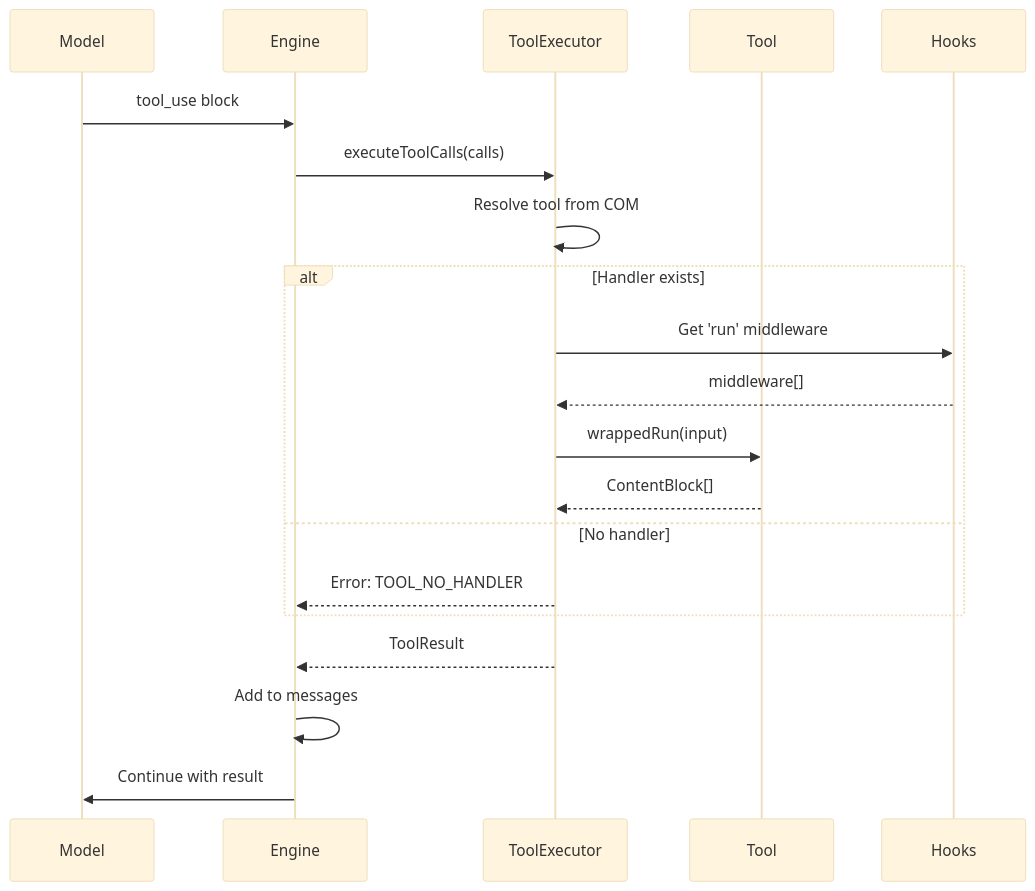
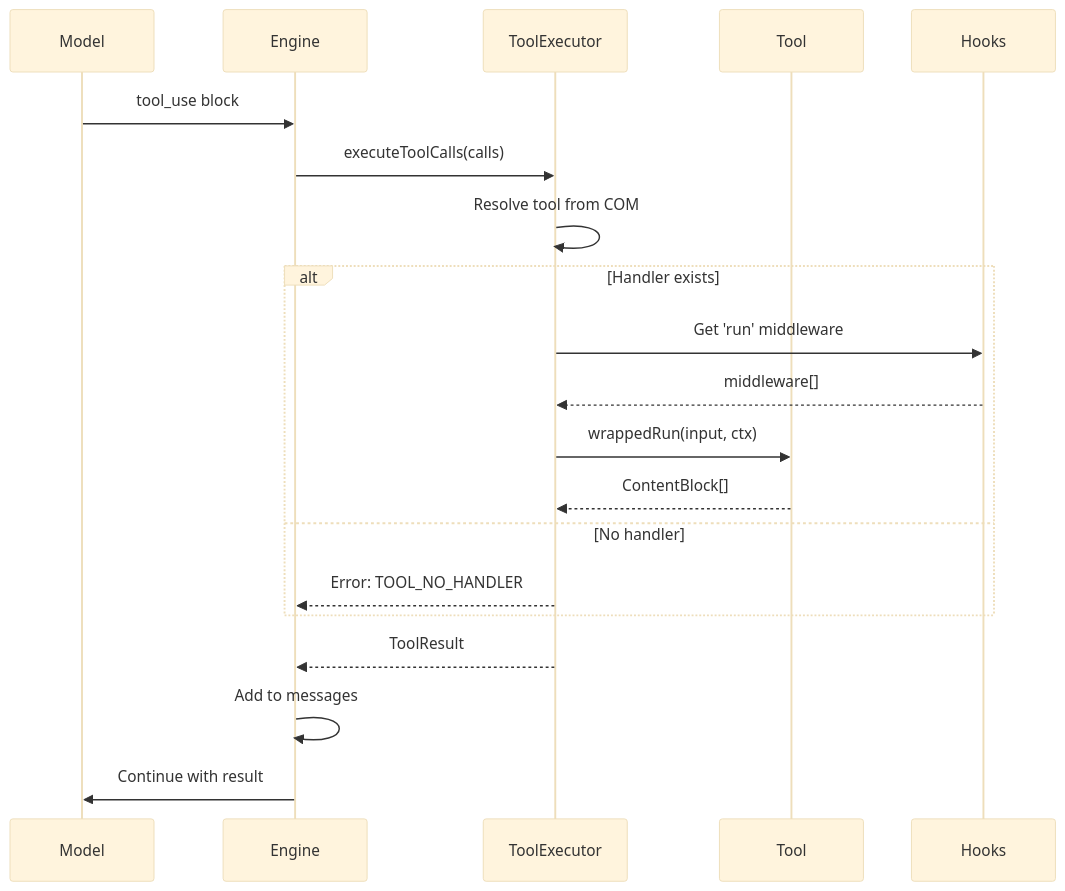
The first of 2 diagrams in packages/core/src/tool/ARCHITECTURE.md (agenticklabs/agentick), drawn with Mermaid (base theme) before and after one commit. The commit also changed other lines of this file and 109 other files, not shown here.

First line of the commit message:
refactor: resolve foundational "warts"   — Rename `com` parameter to `ctx` across ~50 files.   The COM type name stays; only the parameter/variable name changes.   Every lifecycle hook, tool handler, and internal function now uses `ctx`

````diff
--- a/packages/core/src/tool/ARCHITECTURE.md
+++ b/packages/core/src/tool/ARCHITECTURE.md
@@ -477,25 +477,25 @@
 ```mermaid
 sequenceDiagram
     participant Model
     participant Engine
     participant ToolExecutor
     participant Tool
     participant Hooks
 
     Model->>Engine: tool_use block
     Engine->>ToolExecutor: executeToolCalls(calls)
     ToolExecutor->>ToolExecutor: Resolve tool from COM
 
     alt Handler exists
         ToolExecutor->>Hooks: Get 'run' middleware
         Hooks-->>ToolExecutor: middleware[]
-        ToolExecutor->>Tool: wrappedRun(input)
+        ToolExecutor->>Tool: wrappedRun(input, ctx)
         Tool-->>ToolExecutor: ContentBlock[]
     else No handler
         ToolExecutor-->>Engine: Error: TOOL_NO_HANDLER
     end
 
     ToolExecutor-->>Engine: ToolResult
     Engine->>Engine: Add to messages
     Engine->>Model: Continue with result
 ```
````
